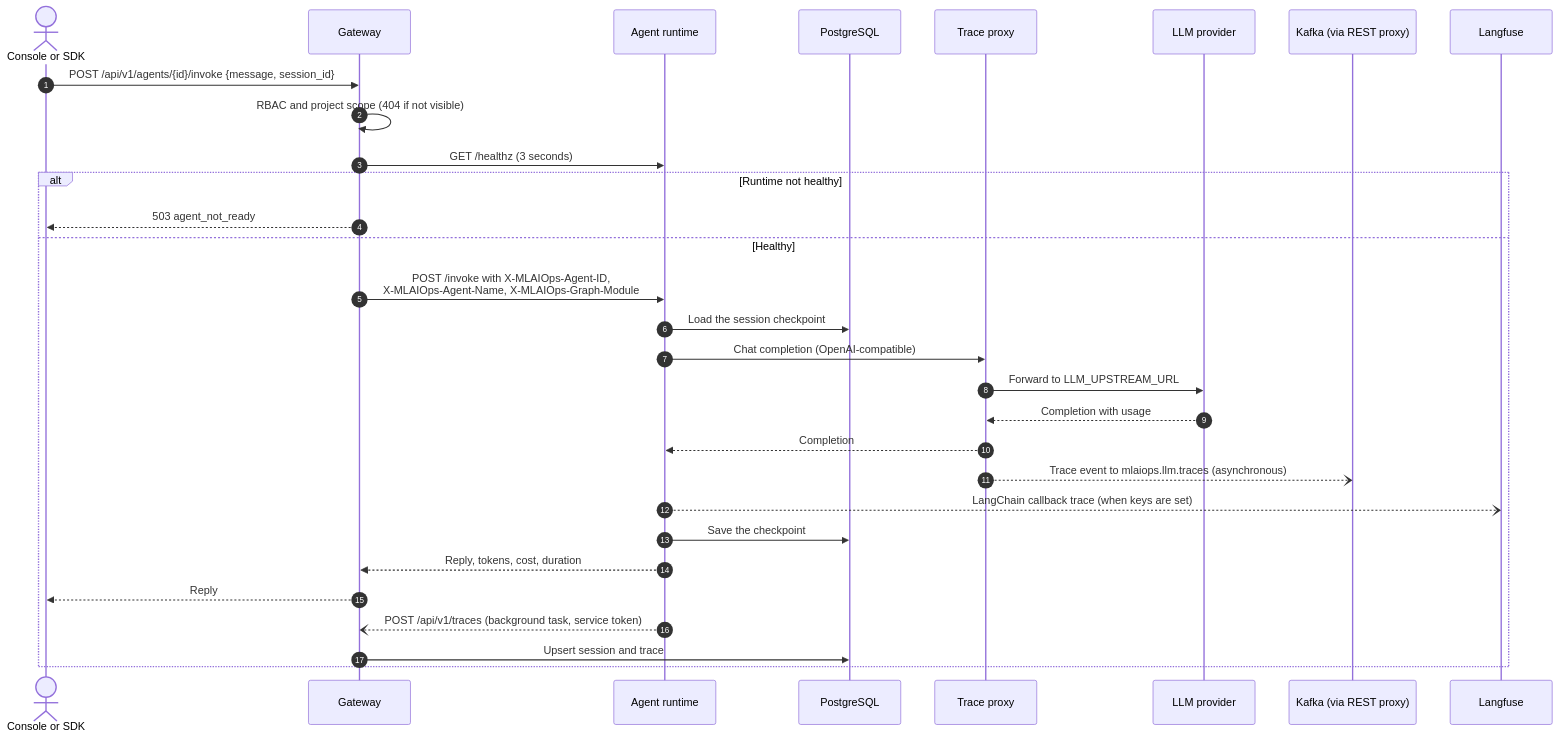
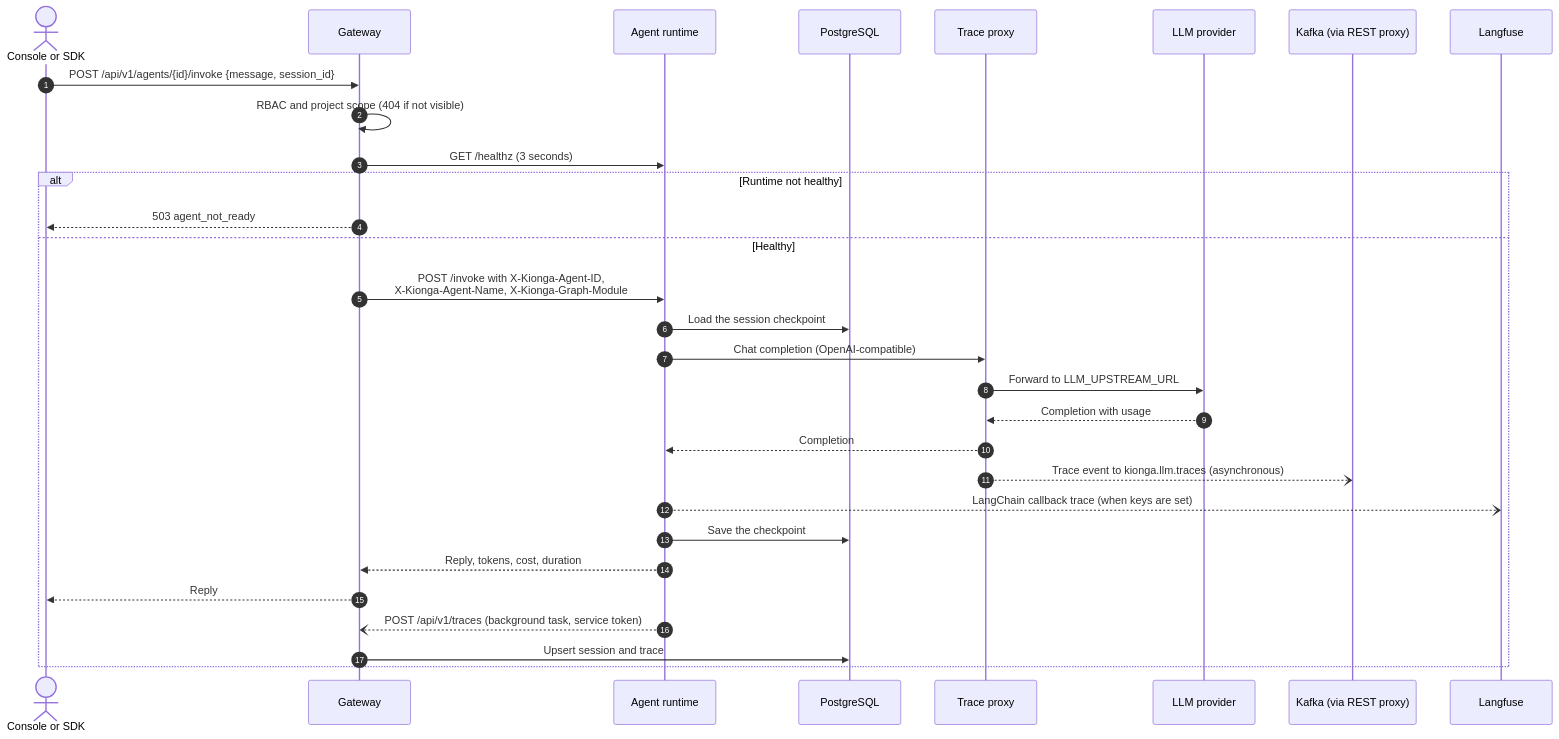
The fourth of 4 diagrams in engineering/docs/architecture/06-runtime-view.md (kiongahq/docs), drawn with Mermaid before and after one commit. The commit also changed other lines of this file and 64 other files, not shown here.

First line of the commit message:
feat!: rename mlaiops to kionga (#55)

````diff
--- a/engineering/docs/architecture/06-runtime-view.md
+++ b/engineering/docs/architecture/06-runtime-view.md
@@ -170,32 +170,32 @@
 ```mermaid
 sequenceDiagram
     autonumber
     actor U as Console or SDK
     participant G as Gateway
     participant A as Agent runtime
     participant DB as PostgreSQL
     participant T as Trace proxy
     participant L as LLM provider
     participant K as Kafka (via REST proxy)
     participant LF as Langfuse
     U->>G: POST /api/v1/agents/{id}/invoke {message, session_id}
     G->>G: RBAC and project scope (404 if not visible)
     G->>A: GET /healthz (3 seconds)
     alt Runtime not healthy
         G-->>U: 503 agent_not_ready
     else Healthy
-        G->>A: POST /invoke with X-MLAIOps-Agent-ID,<br/>X-MLAIOps-Agent-Name, X-MLAIOps-Graph-Module
+        G->>A: POST /invoke with X-Kionga-Agent-ID,<br/>X-Kionga-Agent-Name, X-Kionga-Graph-Module
         A->>DB: Load the session checkpoint
         A->>T: Chat completion (OpenAI-compatible)
         T->>L: Forward to LLM_UPSTREAM_URL
         L-->>T: Completion with usage
         T-->>A: Completion
-        T--)K: Trace event to mlaiops.llm.traces (asynchronous)
+        T--)K: Trace event to kionga.llm.traces (asynchronous)
         A--)LF: LangChain callback trace (when keys are set)
         A->>DB: Save the checkpoint
         A-->>G: Reply, tokens, cost, duration
         G-->>U: Reply
         A--)G: POST /api/v1/traces (background task, service token)
         G->>DB: Upsert session and trace
     end
 ```
````
